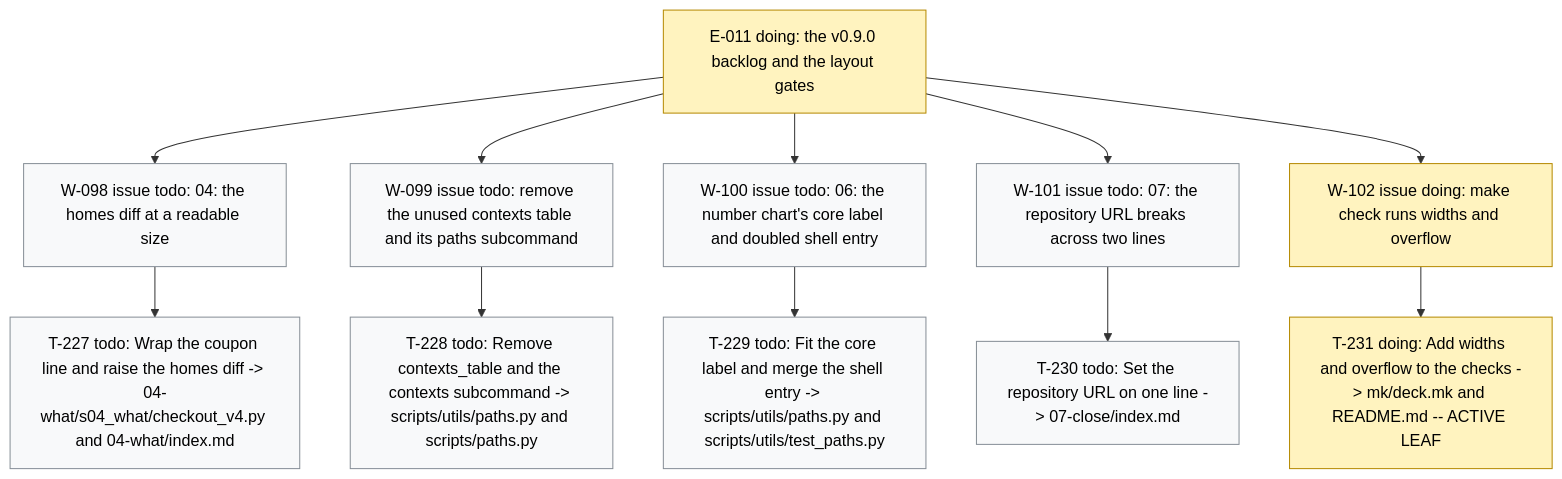
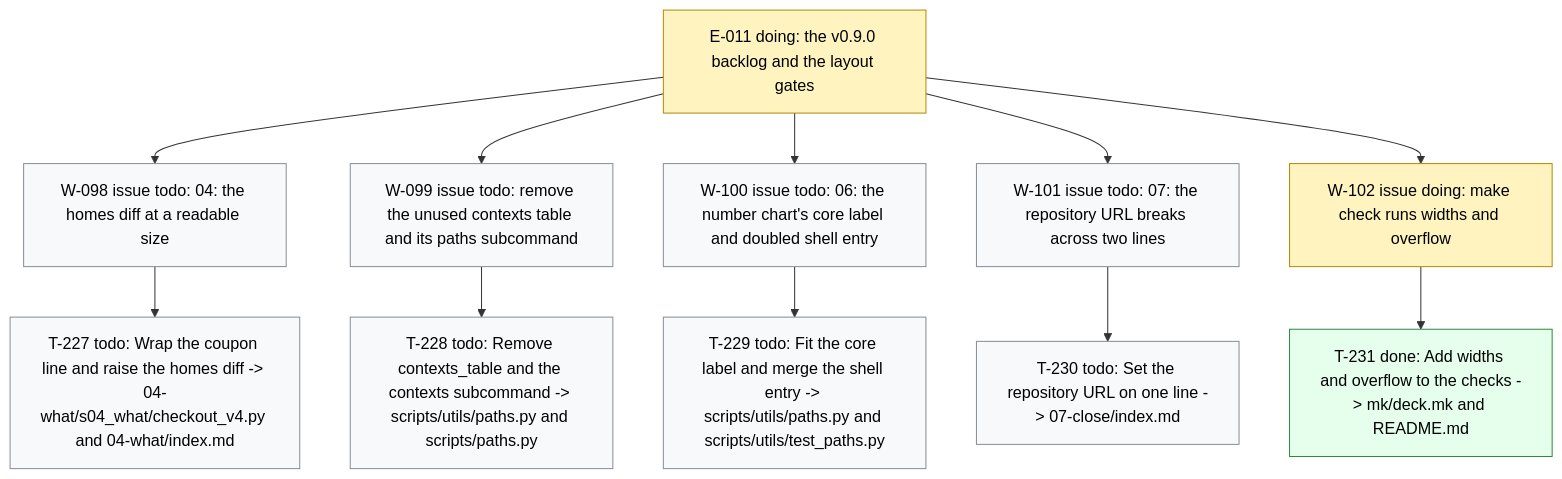
One commit to dpopchev/chaos-to-simple changed the diagram in .board/BOARD.md. Above: the diagram before and after it, drawn with Mermaid. The commit also changed other lines of this file and 1 other file, not shown here.

Commit message:
chore(board): close T-231 -- W-102 ready to land
Refs: W-102 T-231

````diff
--- a/.board/BOARD.md
+++ b/.board/BOARD.md
@@ -594,21 +594,22 @@
 ```mermaid
 flowchart TD
   E011["E-011 doing: the v0.9.0 backlog and the layout gates"]
   E011 --> W098["W-098 issue todo: 04: the homes diff at a readable size"]
   W098 --> T227["T-227 todo: Wrap the coupon line and raise the homes diff -> 04-what/s04_what/checkout_v4.py and 04-what/index.md"]
   E011 --> W099["W-099 issue todo: remove the unused contexts table and its paths subcommand"]
   W099 --> T228["T-228 todo: Remove contexts_table and the contexts subcommand -> scripts/utils/paths.py and scripts/paths.py"]
   E011 --> W100["W-100 issue todo: 06: the number chart's core label and doubled shell entry"]
   W100 --> T229["T-229 todo: Fit the core label and merge the shell entry -> scripts/utils/paths.py and scripts/utils/test_paths.py"]
   E011 --> W101["W-101 issue todo: 07: the repository URL breaks across two lines"]
   W101 --> T230["T-230 todo: Set the repository URL on one line -> 07-close/index.md"]
   E011 --> W102["W-102 issue doing: make check runs widths and overflow"]
-  W102 --> T231["T-231 doing: Add widths and overflow to the checks -> mk/deck.mk and README.md -- ACTIVE LEAF"]
+  W102 --> T231["T-231 done: Add widths and overflow to the checks -> mk/deck.mk and README.md"]
   classDef doing fill:#fff3bf,stroke:#b58900,color:#000;
   classDef blocked fill:#ffe3e3,stroke:#c92a2a,color:#000;
   classDef done fill:#e6ffed,stroke:#2b8a3e,color:#000;
   classDef todo fill:#f8f9fa,stroke:#868e96,color:#000;
   classDef pruned fill:#f1f3f5,stroke:#adb5bd,color:#000;
-  class E011,W102,T231 doing
+  class E011,W102 doing
+  class T231 done
   class W098,T227,W099,T228,W100,T229,W101,T230 todo
 ```
````
